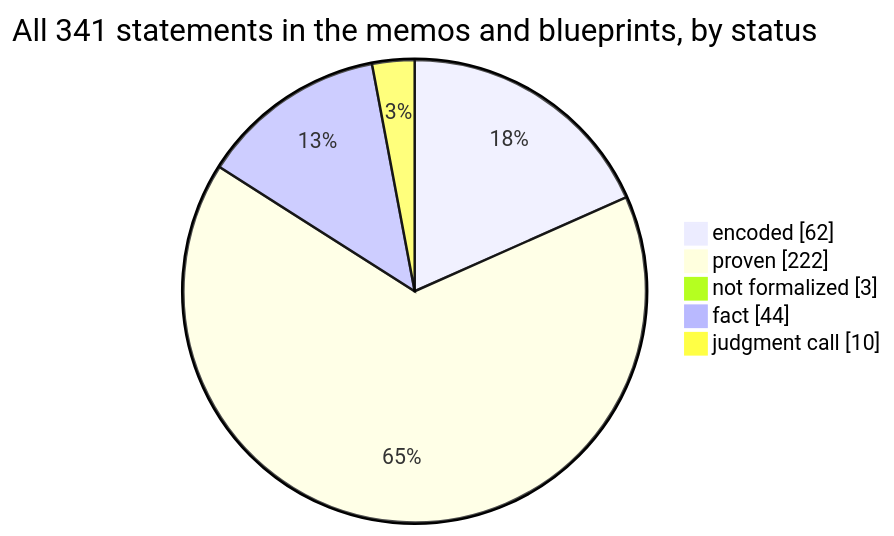
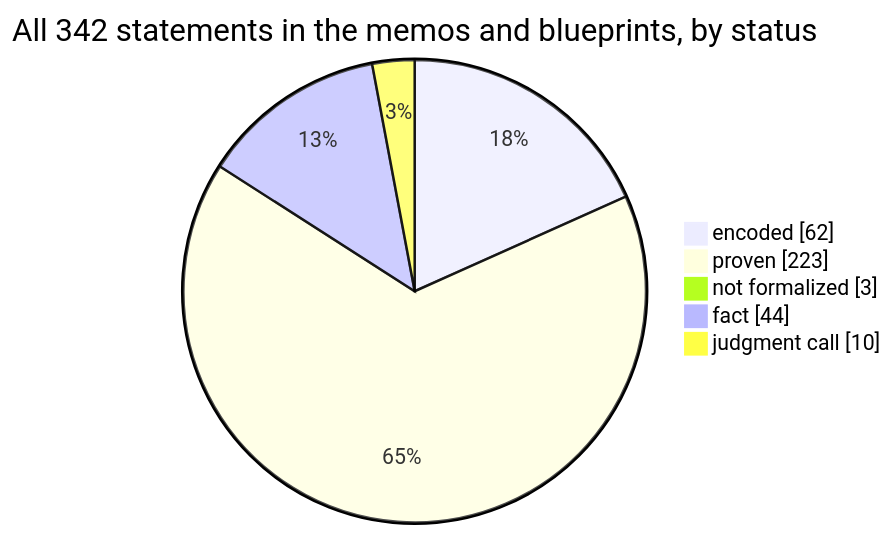
Before and after one commit to SeanWMurray/Canteen: the first of 4 diagrams in docs/graphs/dashboard.md, drawn with Mermaid. The commit also changed other lines of this file and 25 other files, not shown here.

````diff
--- a/docs/graphs/dashboard.md
+++ b/docs/graphs/dashboard.md
@@ -11,8 +11,8 @@
 ```mermaid
-pie showData title All 341 statements in the memos and blueprints, by status
+pie showData title All 342 statements in the memos and blueprints, by status
     "encoded" : 62
-    "proven" : 222
+    "proven" : 223
     "not formalized" : 3
     "fact" : 44
     "judgment call" : 10
 ```
````
